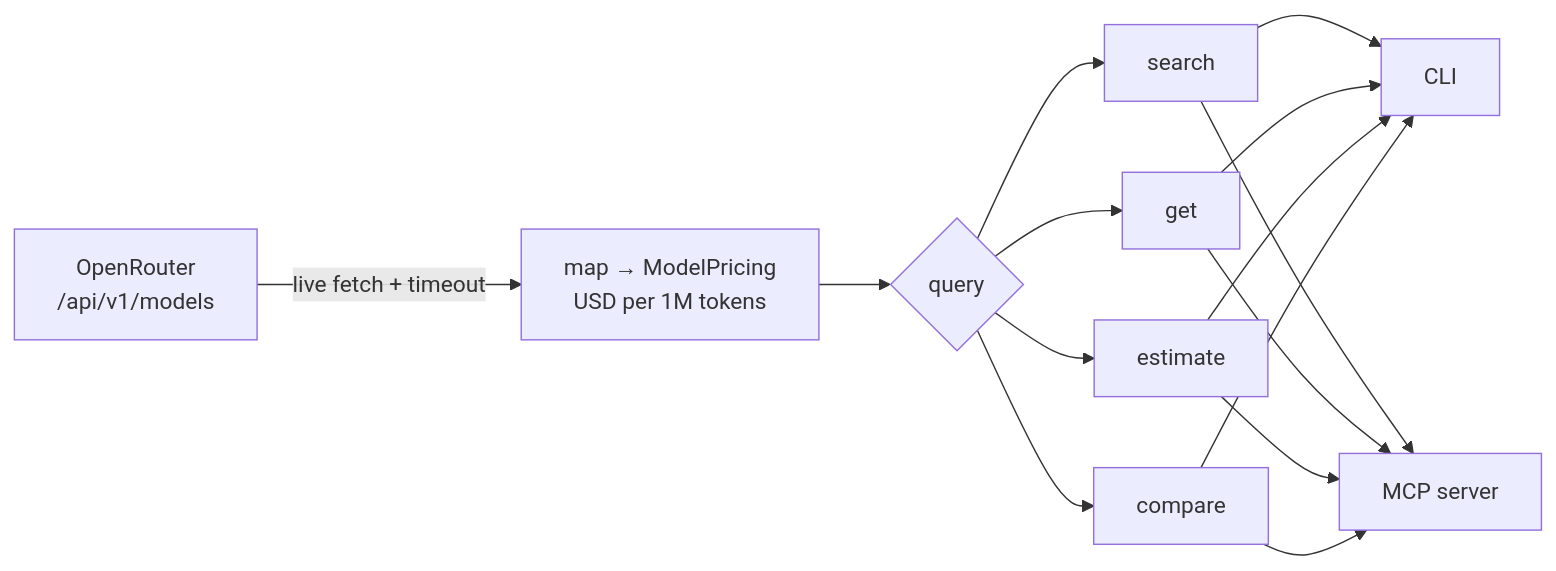
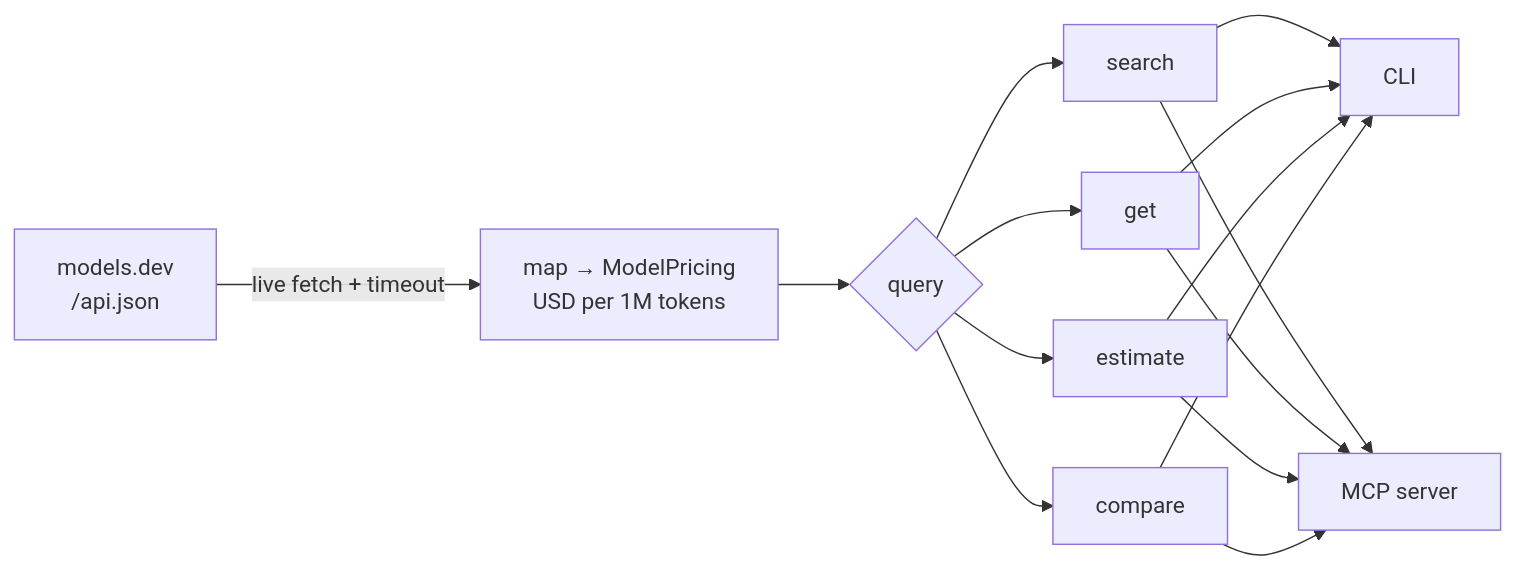
One commit to tylergibbs1/tokenomics changed the diagram in README.md. Above: the diagram before and after it, drawn with Mermaid. The commit also changed other lines of this file and 13 other files, not shown here.

First line of the commit message:
Switch pricing source from OpenRouter to models.dev (#1)

````diff
--- a/README.md
+++ b/README.md
@@ -170,11 +170,11 @@
 ```mermaid
 flowchart LR
-    OR[OpenRouter<br/>/api/v1/models] -->|live fetch + timeout| MAP[map → ModelPricing<br/>USD per 1M tokens]
+    MD[models.dev<br/>/api.json] -->|live fetch + timeout| MAP[map → ModelPricing<br/>USD per 1M tokens]
     MAP --> Q{query}
     Q --> S[search]
     Q --> G[get]
     Q --> E[estimate]
     Q --> C[compare]
     S & G & E & C --> CLI[CLI]
     S & G & E & C --> MCP[MCP server]
 ```
````
